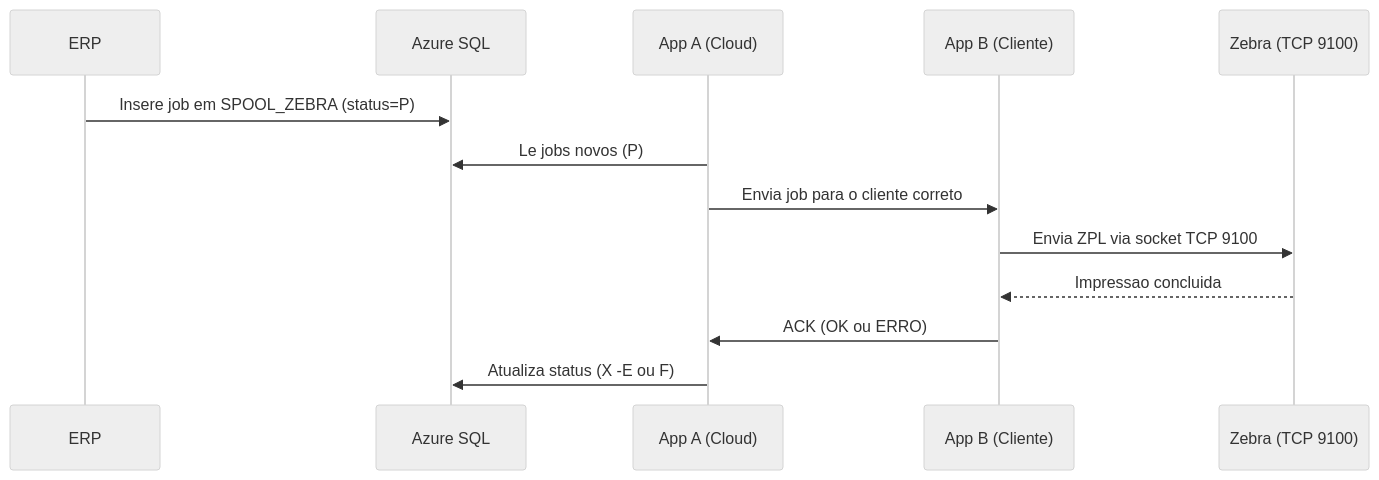
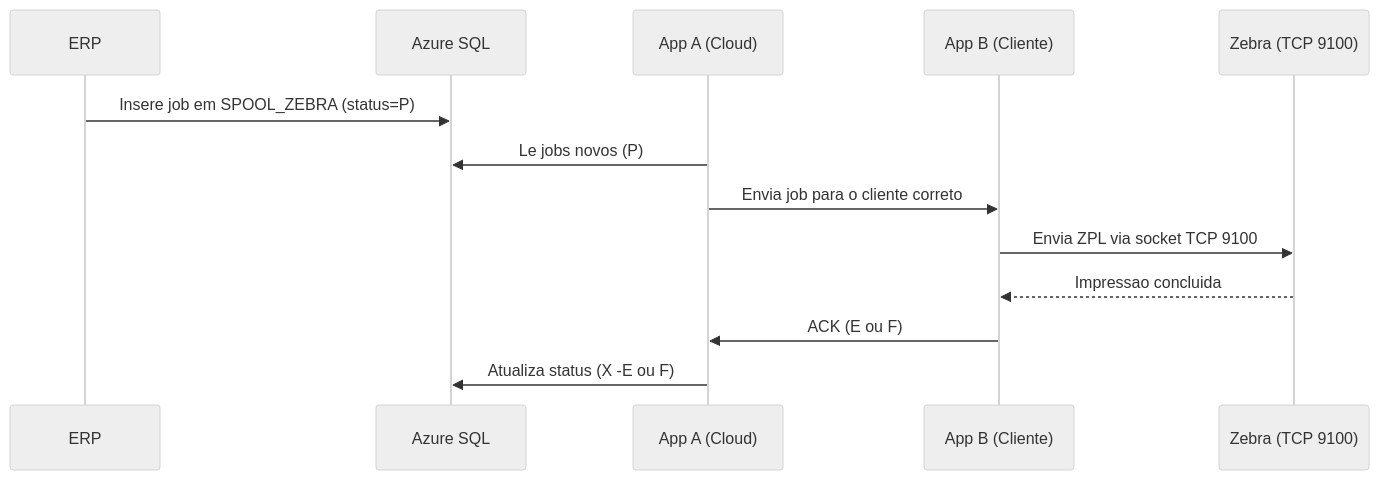
One commit to Andrebatt72/impressorazebra changed the second of 3 diagrams in README.md. Above: the diagram before and after it, drawn with Mermaid (neutral theme).

````diff
--- a/README.md
+++ b/README.md
@@ -46,16 +46,16 @@
 ```mermaid
 sequenceDiagram
     participant ERP as ERP
     participant DB as Azure SQL
     participant AppA as App A (Cloud)
     participant AppB as App B (Cliente)
     participant Printer as Zebra (TCP 9100)
 
     ERP->>DB: Insere job em SPOOL_ZEBRA (status=P)
     AppA->>DB: Le jobs novos (P)
     AppA->>AppB: Envia job para o cliente correto
     AppB->>Printer: Envia ZPL via socket TCP 9100
     Printer-->>AppB: Impressao concluida
-    AppB->>AppA: ACK (OK ou ERRO)
+    AppB->>AppA: ACK (E ou F)
     AppA->>DB: Atualiza status (X -E ou F)
 ```
````
